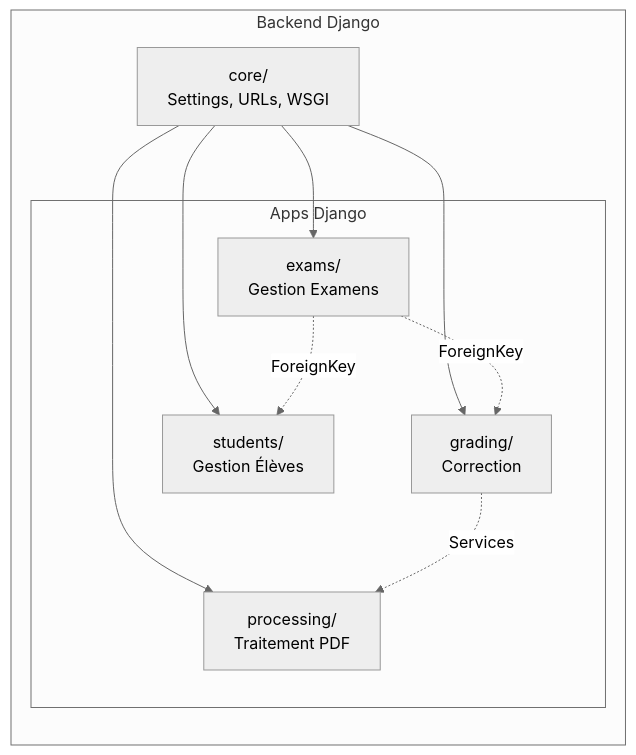
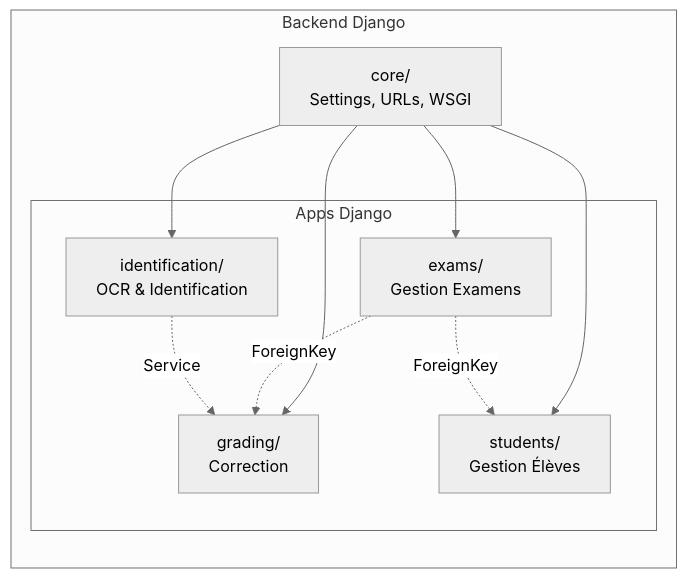
One commit to cyranoaladin/Korrigo changed the third of 5 diagrams in docs/technical/ARCHITECTURE.md. Above: the diagram before and after it, drawn with Mermaid (neutral theme).

Commit message:
docs: update ARCHITECTURE.md - rename processing to identification module

````diff
--- a/docs/technical/ARCHITECTURE.md
+++ b/docs/technical/ARCHITECTURE.md
@@ -221,22 +221,22 @@
 ```mermaid
 graph LR
     subgraph "Backend Django"
         Core[core/<br/>Settings, URLs, WSGI]
         
         subgraph "Apps Django"
             Exams[exams/<br/>Gestion Examens]
             Grading[grading/<br/>Correction]
-            Processing[processing/<br/>Traitement PDF]
+            Identification[identification/<br/>OCR & Identification]
             Students[students/<br/>Gestion Élèves]
         end
     end
     
     Core --> Exams
     Core --> Grading
-    Core --> Processing
+    Core --> Identification
     Core --> Students
     
     Exams -.->|ForeignKey| Grading
     Exams -.->|ForeignKey| Students
-    Grading -.->|Services| Processing
+    Identification -.->|Service| Grading
 ```
````
